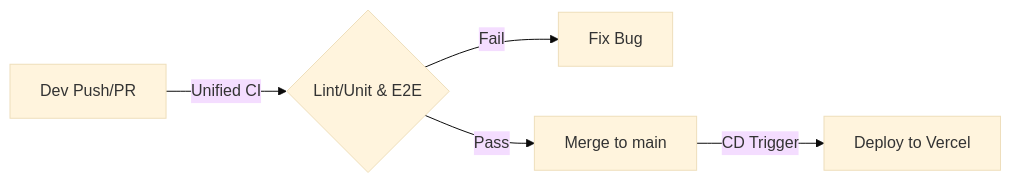
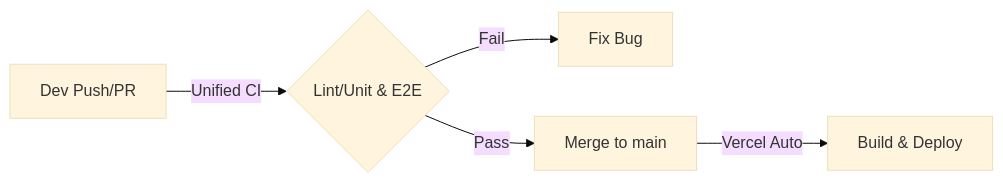
Before and after one commit to TaeGuNi/helloprompt.kr: the diagram in docs/DEVOPS.md, drawn with Mermaid (base theme). The commit also changed other lines of this file and 1 other file, not shown here.

Commit message:
chore: switch to Vercel Git Integration and remove deploy workflow

````diff
--- a/docs/DEVOPS.md
+++ b/docs/DEVOPS.md
@@ -27,7 +27,7 @@
 ```mermaid
 graph LR
     A[Dev Push/PR] -->|Unified CI| B{Lint/Unit & E2E}
     B -- Fail --> C[Fix Bug]
     B -- Pass --> D[Merge to main]
-    D -->|CD Trigger| E[Deploy to Vercel]
+    D -->|Vercel Auto| E[Build & Deploy]
 ```
````
